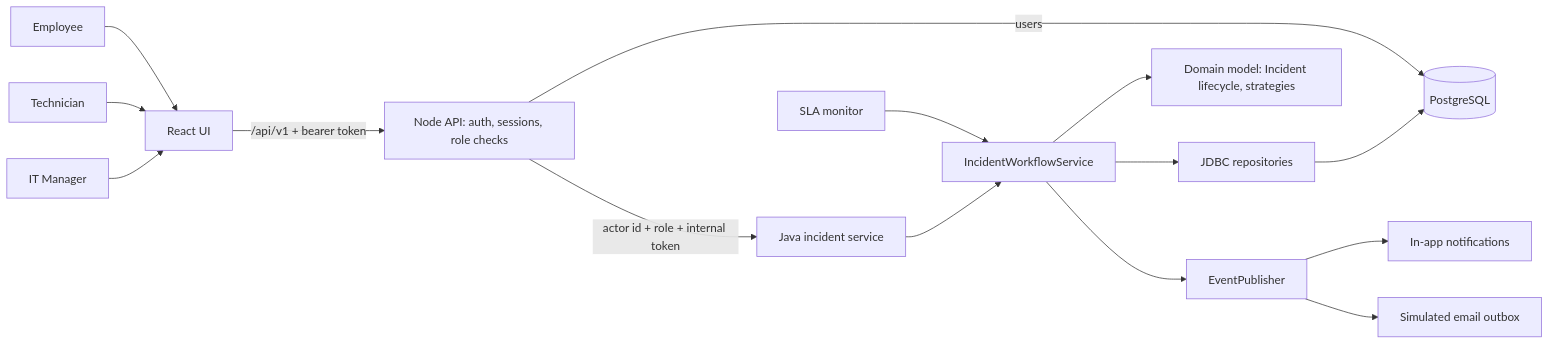
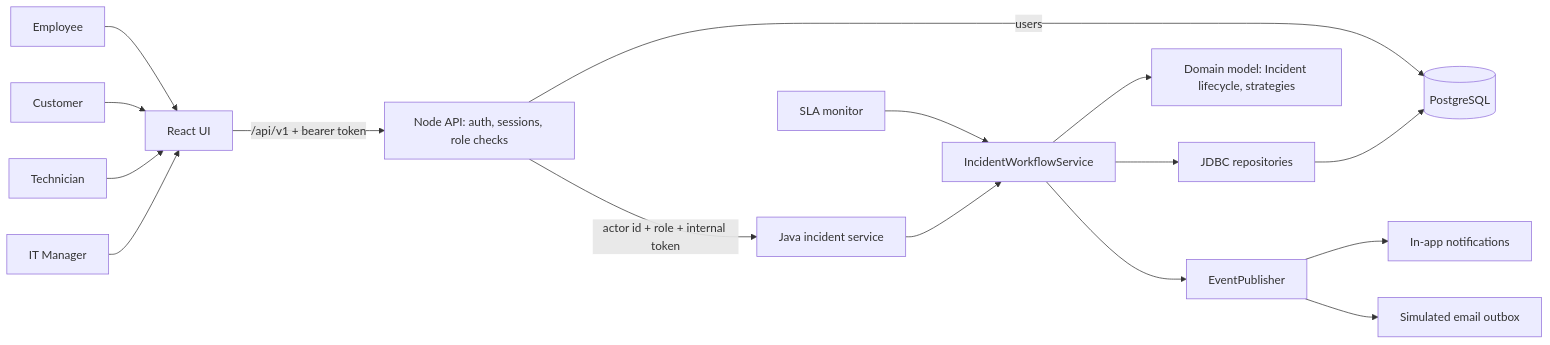
The first of 2 diagrams in docs/ARCHITECTURE.md (dhruvii06/bharat-rail), drawn with Mermaid before and after one commit. The commit also changed other lines of this file and 35 other files, not shown here.

````diff
--- a/docs/ARCHITECTURE.md
+++ b/docs/ARCHITECTURE.md
@@ -9,17 +11,18 @@
 ```mermaid
 flowchart LR
   E[Employee] --> UI[React UI]
+  C[Customer] --> UI
   T[Technician] --> UI
   M[IT Manager] --> UI
   UI -->|/api/v1 + bearer token| API[Node API: auth, sessions, role checks]
   API -->|users| DB[(PostgreSQL)]
   API -->|actor id + role + internal token| SVC[Java incident service]
   SVC --> WF[IncidentWorkflowService]
   WF --> Domain[Domain model: Incident lifecycle, strategies]
   WF --> Repos[JDBC repositories]
   Repos --> DB
   WF --> Events[EventPublisher]
   Events --> InApp[In-app notifications]
   Events --> Email[Simulated email outbox]
   SLA[SLA monitor] --> WF
 ```
````
